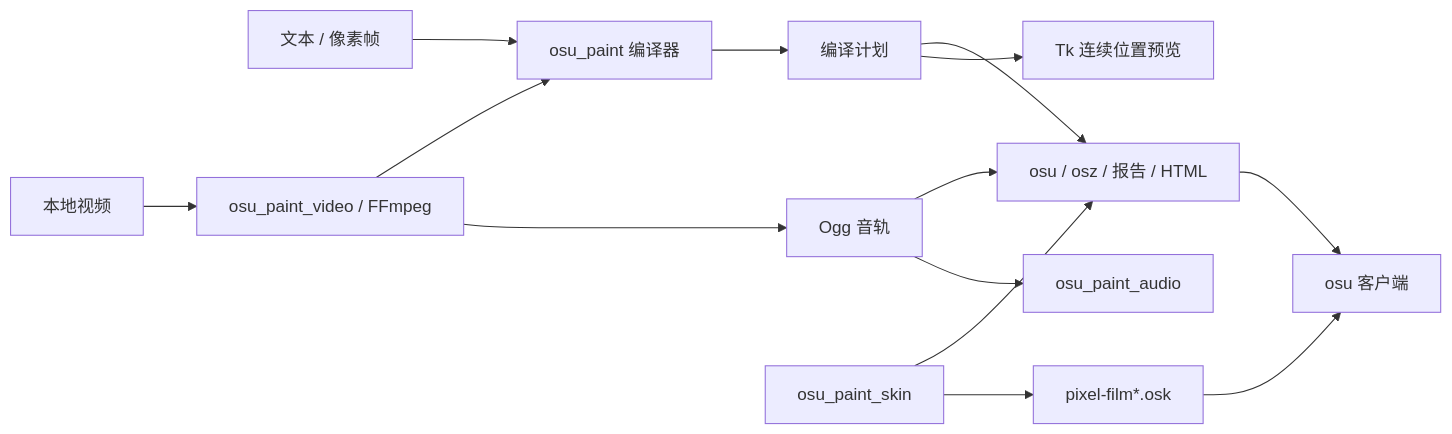
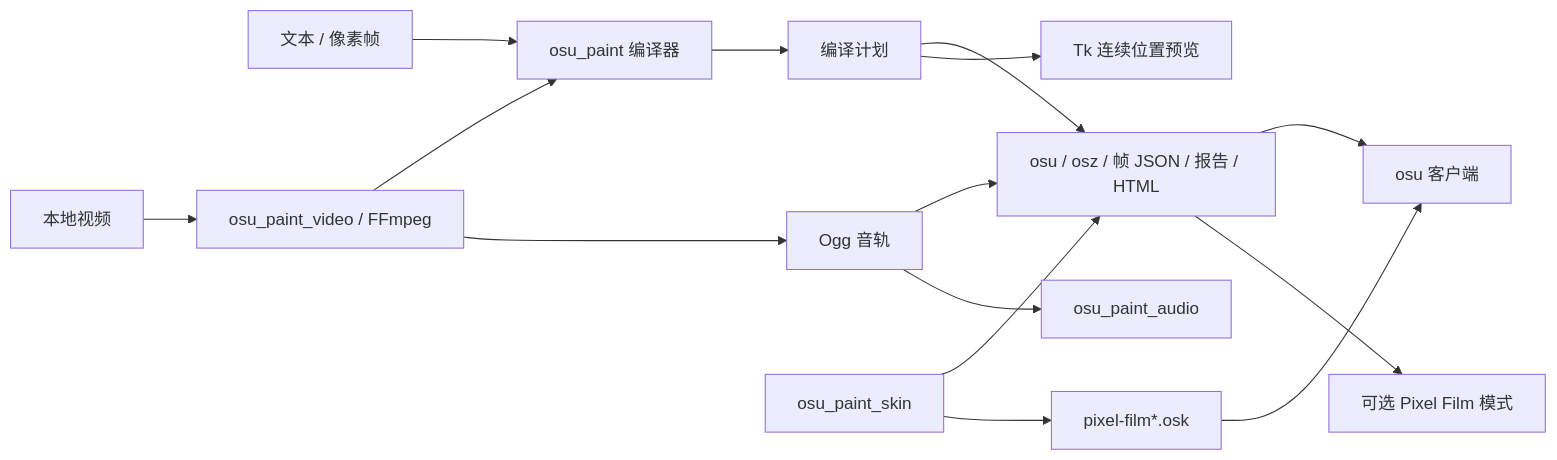
One commit to YeLn10/osu-paint changed the diagram in docs/architecture.md. Above: the diagram before and after it, drawn with Mermaid. The commit also changed other lines of this file and 21 other files, not shown here.

Commit message:
Add removable Pixel Film lazer ruleset for atomic fullscreen playback

````diff
--- a/docs/architecture.md
+++ b/docs/architecture.md
@@ -19,16 +21,17 @@
 ```mermaid
 flowchart LR
     Text[文本 / 像素帧] --> Core[osu_paint 编译器]
     Video[本地视频] --> FFmpeg[osu_paint_video / FFmpeg]
     FFmpeg --> Core
     FFmpeg --> Ogg[Ogg 音轨]
     Core --> Plan[编译计划]
-    Plan --> Export[osu / osz / 报告 / HTML]
+    Plan --> Export[osu / osz / 帧 JSON / 报告 / HTML]
     SkinBuild[osu_paint_skin] --> Export
     Ogg --> Export
     Plan --> Tk[Tk 连续位置预览]
     Ogg --> Audio[osu_paint_audio]
     SkinBuild --> Skin[pixel-film*.osk]
     Export --> Game[osu 客户端]
     Skin --> Game
+    Export --> Film[可选 Pixel Film 模式]
 ```
````
